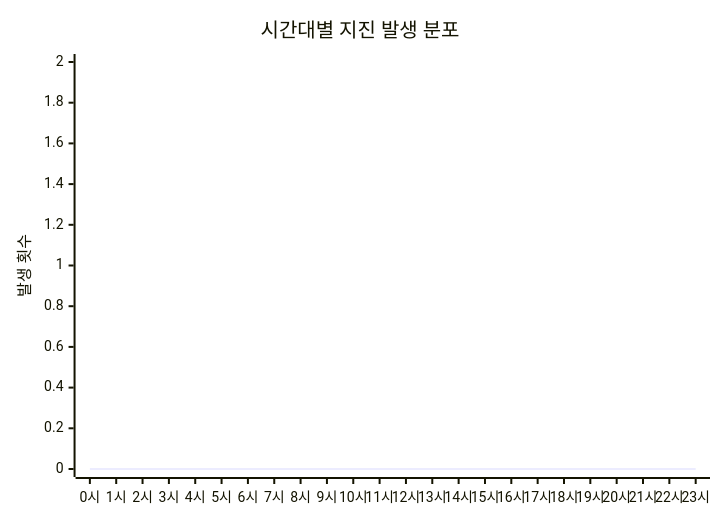
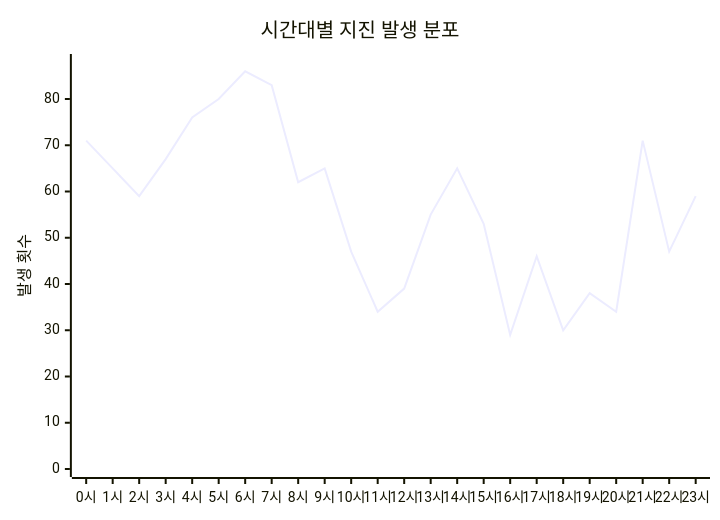
One commit to serendip811/japan-eq changed the diagram in charts/time-chart.md. Above: the diagram before and after it, drawn with Mermaid. The commit also changed other lines of this file and 4 other files, not shown here.

Commit message:
Update earthquake data and charts Fri Jul  4 06:13:18 UTC 2025

````diff
--- a/charts/time-chart.md
+++ b/charts/time-chart.md
@@ -3,7 +3,7 @@
 ```mermaid
 xychart-beta
     title "시간대별 지진 발생 분포"
     x-axis ["0시", "1시", "2시", "3시", "4시", "5시", "6시", "7시", "8시", "9시", "10시", "11시", "12시", "13시", "14시", "15시", "16시", "17시", "18시", "19시", "20시", "21시", "22시", "23시"]
-    y-axis "발생 횟수" 0 --> 2
-    line [0, 0, 0, 0, 0, 0, 0, 0, 0, 0, 0, 0, 0, 0, 0, 0, 0, 0, 0, 0, 0, 0, 0, 0]
+    y-axis "발생 횟수" 0 --> 88
+    line [71, 65, 59, 67, 76, 80, 86, 83, 62, 65, 47, 34, 39, 55, 65, 53, 29, 46, 30, 38, 34, 71, 47, 59]
 ```
````
